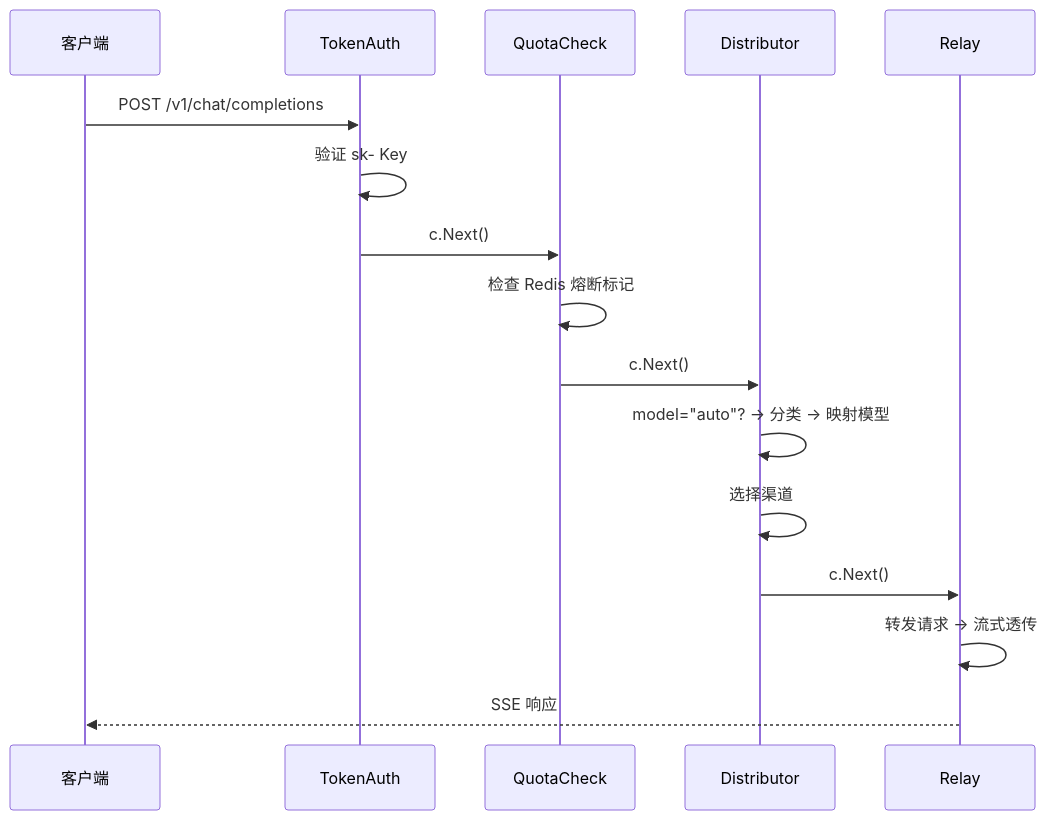
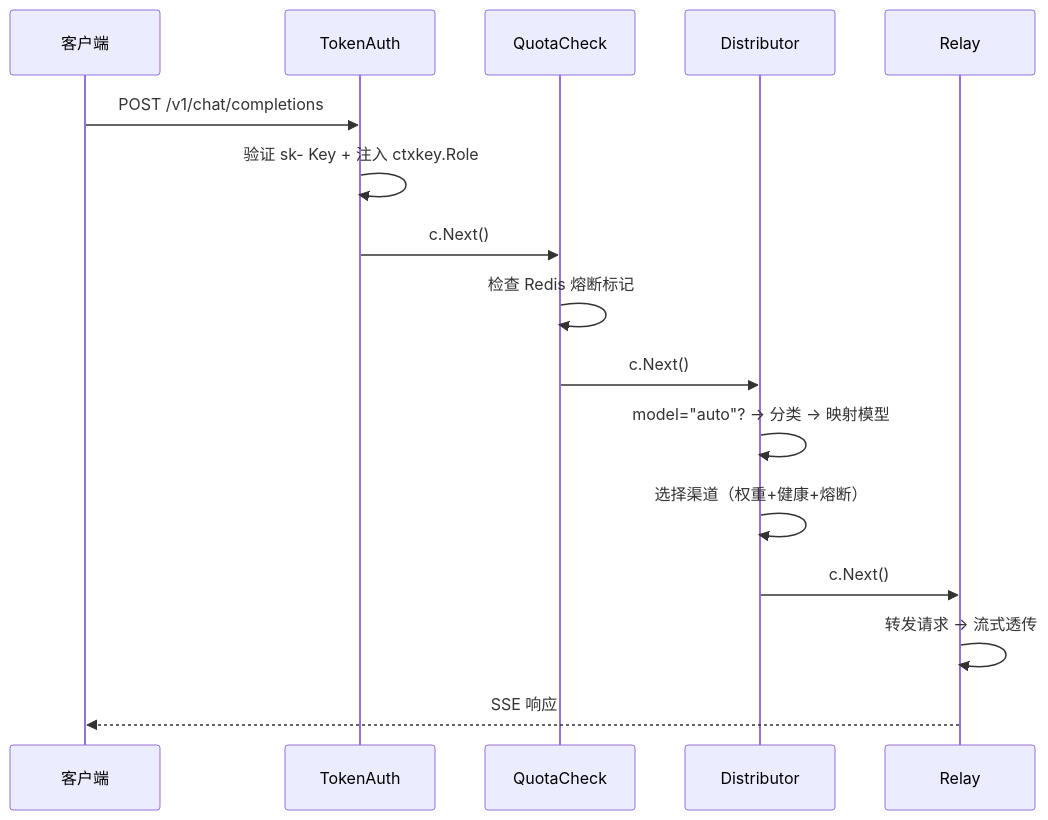
One commit to geoshan/asterisk-token-router changed the diagram in docs/ARCHITECTURE.md. Above: the diagram before and after it, drawn with Mermaid. The commit also changed other lines of this file and 5 other files, not shown here.

````diff
--- a/docs/ARCHITECTURE.md
+++ b/docs/ARCHITECTURE.md
@@ -33,19 +32,19 @@
 ```mermaid
 sequenceDiagram
     participant C as 客户端
     participant M1 as TokenAuth
     participant M2 as QuotaCheck
     participant M3 as Distributor
     participant R as Relay
 
     C->>M1: POST /v1/chat/completions
-    M1->>M1: 验证 sk- Key
+    M1->>M1: 验证 sk- Key + 注入 ctxkey.Role
     M1->>M2: c.Next()
     M2->>M2: 检查 Redis 熔断标记
     M2->>M3: c.Next()
     M3->>M3: model="auto"? → 分类 → 映射模型
-    M3->>M3: 选择渠道
+    M3->>M3: 选择渠道（权重+健康+熔断）
     M3->>R: c.Next()
     R->>R: 转发请求 → 流式透传
     R-->>C: SSE 响应
 ```
````
